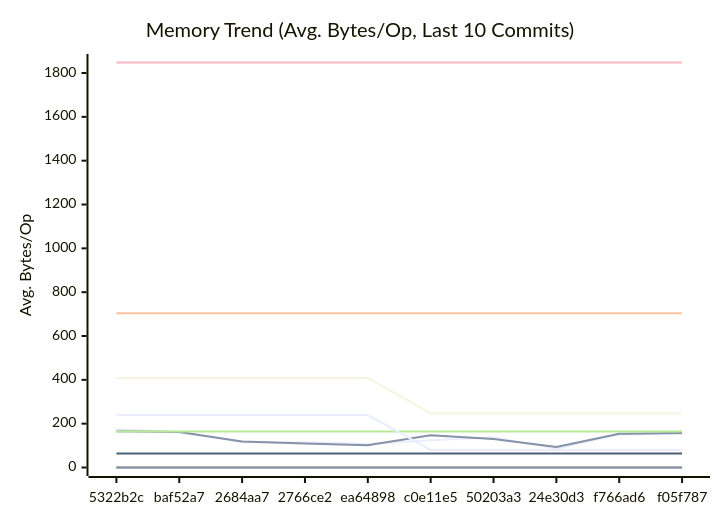
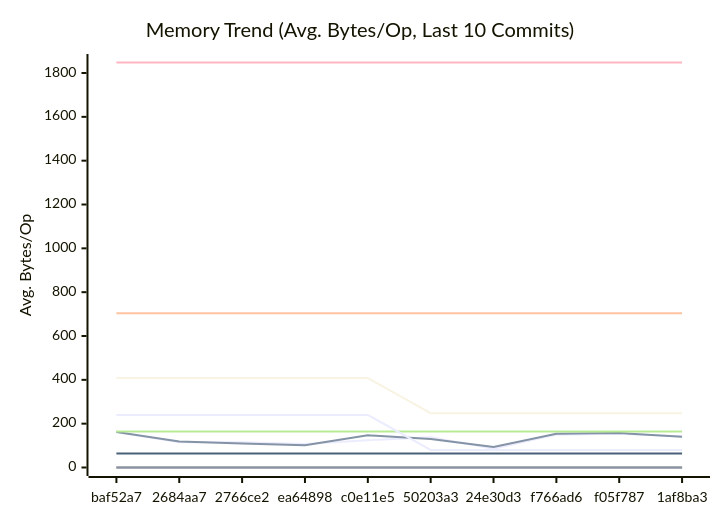
The second of 3 diagrams in docs/PERFORMANCE.md (alsotoes/momo), drawn with Mermaid before and after one commit. The commit also changed other lines of this file and 2 other files, not shown here.

````diff
--- a/docs/PERFORMANCE.md
+++ b/docs/PERFORMANCE.md
@@ -171,20 +171,20 @@
 ```mermaid
 xychart-beta
     title "Memory Trend (Avg. Bytes/Op, Last 10 Commits)"
     x-axis "Commit"
     y-axis "Avg. Bytes/Op"
-    x-axis [5322b2c,baf52a7,2684aa7,2766ce2,ea64898,c0e11e5,50203a3,24e30d3,f766ad6,f05f787]
-    line "AWSChunkedReaderSigned" [175,162,115,115,107,124,138,86,150,154]
-    line "AWSChunkedReaderUnsigned" [165,162,119,110,102,147,130,94,154,157]
+    x-axis [baf52a7,2684aa7,2766ce2,ea64898,c0e11e5,50203a3,24e30d3,f766ad6,f05f787,1af8ba3]
+    line "AWSChunkedReaderSigned" [162,115,115,107,124,138,86,150,154,141]
+    line "AWSChunkedReaderUnsigned" [162,119,110,102,147,130,94,154,157,140]
     line "CheckMetricsAndSwap" [0,0,0,0,0,0,0,0,0,0]
     line "CrushOptimized" [0,0,0,0,0,0,0,0,0,0]
     line "CrushOriginal" [164,164,164,164,164,164,164,164,164,164]
     line "IndexDirectTracking" [0,0,0,0,0,0,0,0,0,0]
     line "IndexSearch" [0,0,0,0,0,0,0,0,0,0]
     line "LoadGlobalConfig" [1848,1848,1848,1848,1848,1848,1848,1848,1848,1848]
     line "PadString" [64,64,64,64,64,64,64,64,64,64]
     line "ParseReplicationOrder_NoPrealloc" [408,408,408,408,408,248,248,248,248,248]
     line "ParseReplicationOrder_Prealloc" [240,240,240,240,240,80,80,80,80,80]
     line "SanitizeLog/Safe" [0,0,0,0,0,0,0,0,0,0]
     line "SanitizeLog/Unsafe" [704,704,704,704,704,704,704,704,704,704]
 ```
````
